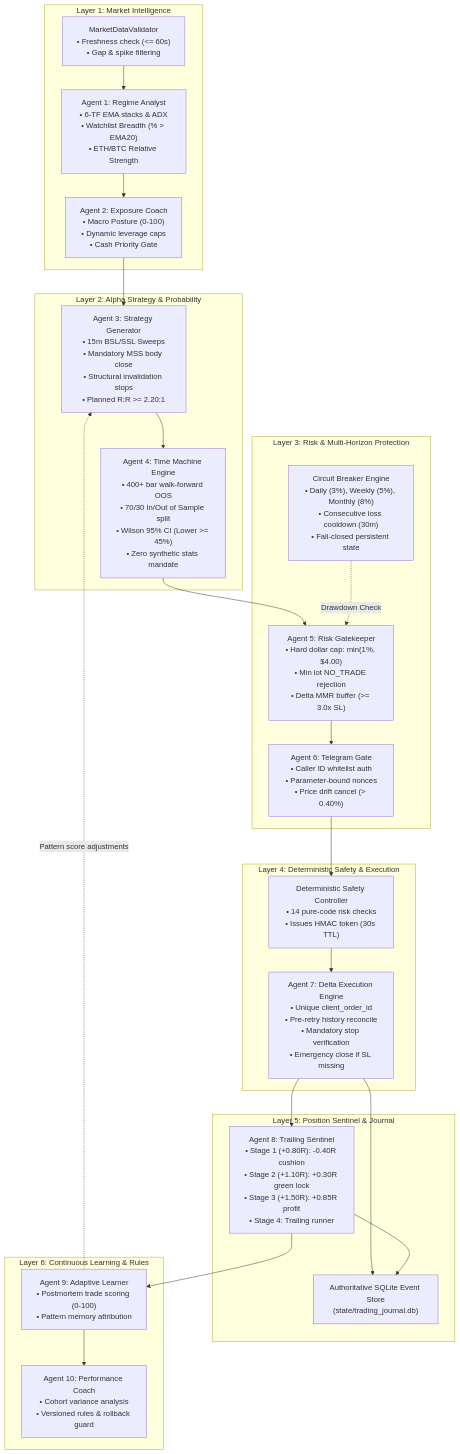
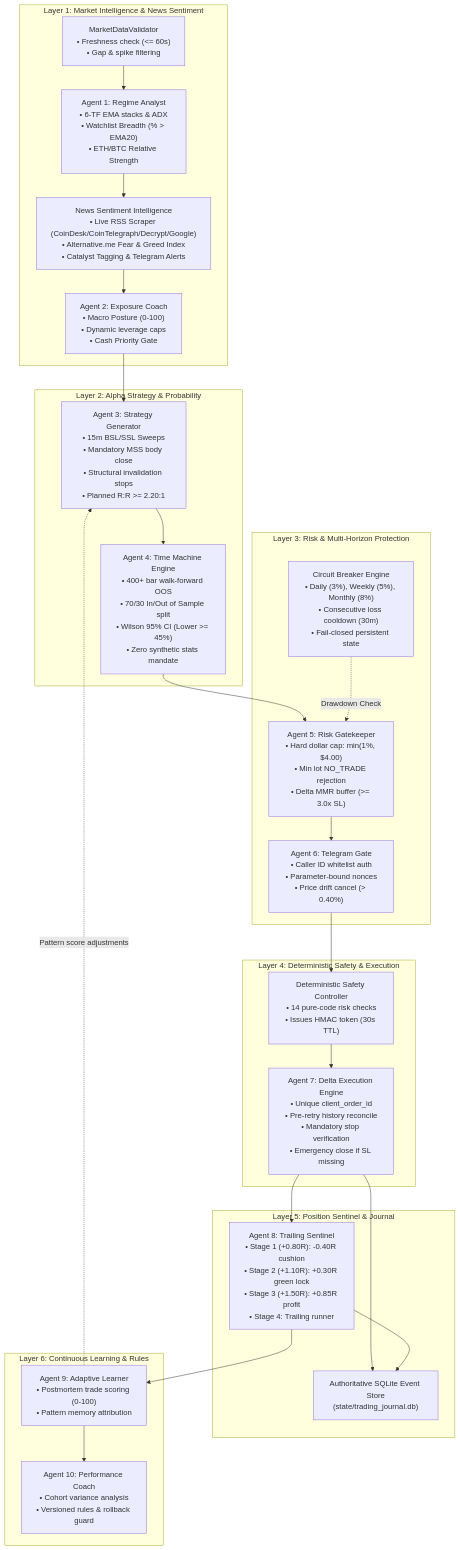
One commit to mohitxhkr/Multi_agent_trading_bot changed the diagram in README.md. Above: the diagram before and after it, drawn with Mermaid. The commit also changed other lines of this file and 12 other files, not shown here.

Commit message:
feat: Add Autonomous News & Social Sentiment Intelligence System with real-time Telegram breaking alerts and updated architecture PNGs

````diff
--- a/README.md
+++ b/README.md
@@ -35,45 +35,48 @@
 ```mermaid
 flowchart TD
-    subgraph L1["Layer 1: Market Intelligence"]
+    subgraph L1["Layer 1: Market Intelligence & News Sentiment"]
         DV["MarketDataValidator<br/>• Freshness check (<= 60s)<br/>• Gap & spike filtering"]
         A1["Agent 1: Regime Analyst<br/>• 6-TF EMA stacks & ADX<br/>• Watchlist Breadth (% > EMA20)<br/>• ETH/BTC Relative Strength"]
+        NS["News Sentiment Intelligence<br/>• Live RSS Scraper (CoinDesk/CoinTelegraph/Decrypt/Google)<br/>• Alternative.me Fear & Greed Index<br/>• Catalyst Tagging & Telegram Alerts"]
         A2["Agent 2: Exposure Coach<br/>• Macro Posture (0-100)<br/>• Dynamic leverage caps<br/>• Cash Priority Gate"]
-        DV --> A1 --> A2
+        DV --> A1
+        A1 --> NS
+        NS --> A2
     end
 
     subgraph L2["Layer 2: Alpha Strategy & Probability"]
         A3["Agent 3: Strategy Generator<br/>• 15m BSL/SSL Sweeps<br/>• Mandatory MSS body close<br/>• Structural invalidation stops<br/>• Planned R:R >= 2.20:1"]
         A4["Agent 4: Time Machine Engine<br/>• 400+ bar walk-forward OOS<br/>• 70/30 In/Out of Sample split<br/>• Wilson 95% CI (Lower >= 45%)<br/>• Zero synthetic stats mandate"]
         A2 --> A3 --> A4
     end
 
     subgraph L3["Layer 3: Risk & Multi-Horizon Protection"]
         A5["Agent 5: Risk Gatekeeper<br/>• Hard dollar cap: min(1%, $4.00)<br/>• Min lot NO_TRADE rejection<br/>• Delta MMR buffer (>= 3.0x SL)"]
         CB["Circuit Breaker Engine<br/>• Daily (3%), Weekly (5%), Monthly (8%)<br/>• Consecutive loss cooldown (30m)<br/>• Fail-closed persistent state"]
         A6["Agent 6: Telegram Gate<br/>• Caller ID whitelist auth<br/>• Parameter-bound nonces<br/>• Price drift cancel (> 0.40%)"]
         A4 --> A5
         CB -.->|Drawdown Check| A5
         A5 --> A6
     end
 
     subgraph L4["Layer 4: Deterministic Safety & Execution"]
         DSC["Deterministic Safety Controller<br/>• 14 pure-code risk checks<br/>• Issues HMAC token (30s TTL)"]
         A7["Agent 7: Delta Execution Engine<br/>• Unique client_order_id<br/>• Pre-retry history reconcile<br/>• Mandatory stop verification<br/>• Emergency close if SL missing"]
         A6 --> DSC --> A7
     end
 
     subgraph L5["Layer 5: Position Sentinel & Journal"]
         A8["Agent 8: Trailing Sentinel<br/>• Stage 1 (+0.80R): -0.40R cushion<br/>• Stage 2 (+1.10R): +0.30R green lock<br/>• Stage 3 (+1.50R): +0.85R profit<br/>• Stage 4: Trailing runner"]
         SQL["Authoritative SQLite Event Store<br/>(state/trading_journal.db)"]
         A7 --> A8
         A7 --> SQL
         A8 --> SQL
     end
 
     subgraph L6["Layer 6: Continuous Learning & Rules"]
         A9["Agent 9: Adaptive Learner<br/>• Postmortem trade scoring (0-100)<br/>• Pattern memory attribution"]
         A10["Agent 10: Performance Coach<br/>• Cohort variance analysis<br/>• Versioned rules & rollback guard"]
         A8 --> A9 --> A10
         A9 -.->|Pattern score adjustments| A3
     end
 ```
````
